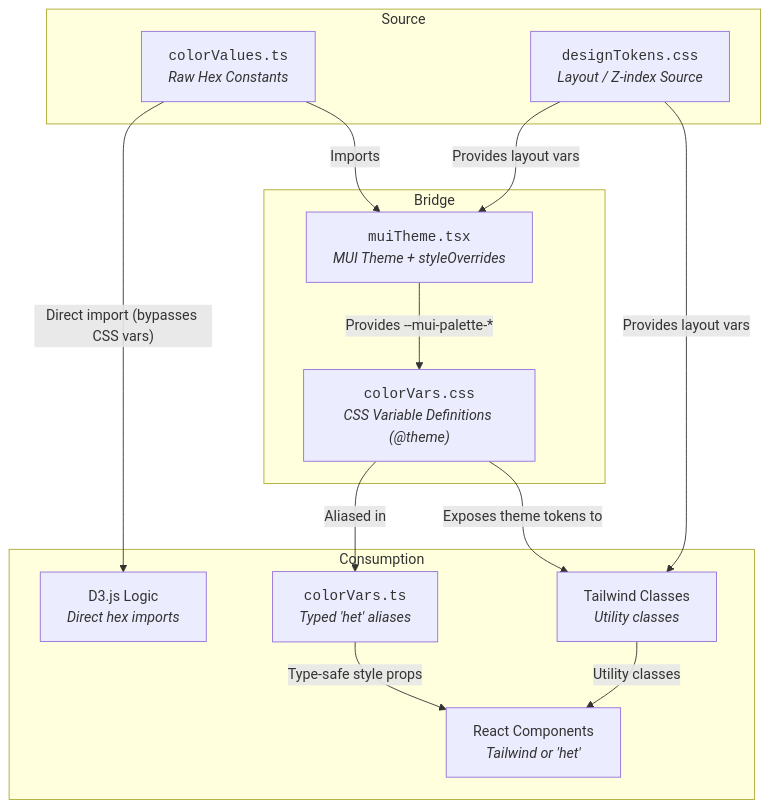
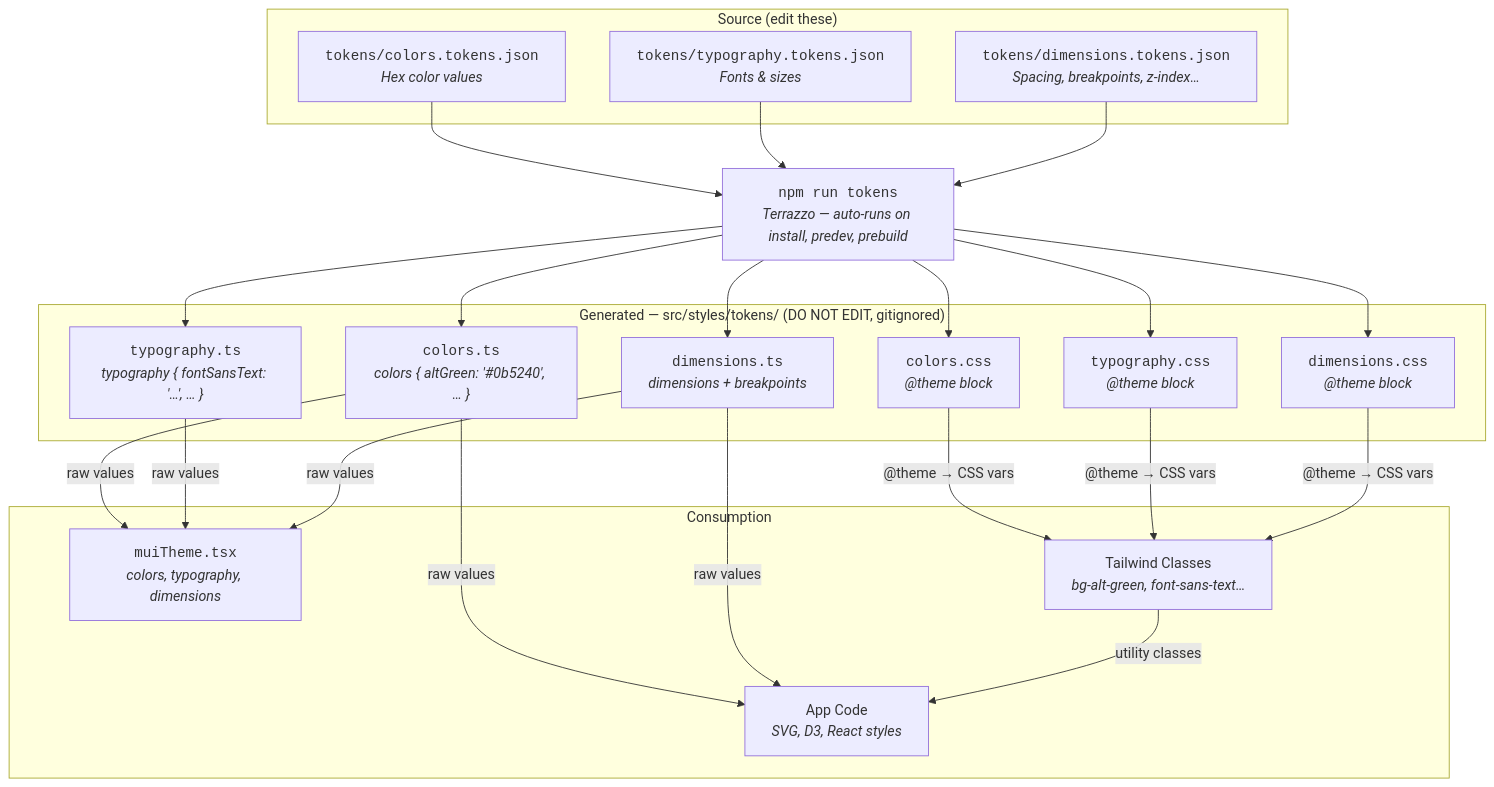
The diagram in README.md (SatcherInstitute/health-equity-tracker), drawn with Mermaid before and after one commit. The commit also changed other lines of this file and 24 other files, not shown here.

First line of the commit message:
Improve design token flow with build step (#4710)

````diff
--- a/README.md
+++ b/README.md
@@ -268,35 +268,39 @@
 ```mermaid
 flowchart TD
     %% Source Layer
-    subgraph Source
-        HEX["<code>colorValues.ts</code><br/><i>Raw Hex Constants</i>"]
-        DESIGN["<code>designTokens.css</code><br/><i>Layout / Z-index Source</i>"]
+    subgraph Source["Source (edit these)"]
+        CT["<code>tokens/colors.tokens.json</code><br/><i>Hex color values</i>"]
+        TT["<code>tokens/typography.tokens.json</code><br/><i>Fonts &amp; sizes</i>"]
+        DT["<code>tokens/dimensions.tokens.json</code><br/><i>Spacing, breakpoints, z-index…</i>"]
     end
 
-    %% Bridge Layer
-    subgraph Bridge
-        MUI_T["<code>muiTheme.tsx</code><br/><i>MUI Theme + styleOverrides</i>"]
-        CV_CSS["<code>colorVars.css</code><br/><i>CSS Variable Definitions (@theme)</i>"]
+    %% Build Step
+    BUILD["<code>npm run tokens</code><br/><i>Terrazzo — auto-runs on install, predev, prebuild</i>"]
+
+    %% Generated Layer
+    subgraph Generated["Generated — src/styles/tokens/ (DO NOT EDIT, gitignored)"]
+        COLORS_TS["<code>colors.ts</code><br/><i>colors { altGreen: '#0b5240', … }</i>"]
+        COLORS_CSS["<code>colors.css</code><br/><i>@theme block</i>"]
+        TYPO_TS["<code>typography.ts</code><br/><i>typography { fontSansText: '…', … }</i>"]
+        TYPO_CSS["<code>typography.css</code><br/><i>@theme block</i>"]
+        DIM_TS["<code>dimensions.ts</code><br/><i>dimensions + breakpoints</i>"]
+        DIM_CSS["<code>dimensions.css</code><br/><i>@theme block</i>"]
     end
 
     %% Consumption Layer
     subgraph Consumption
-        TW["Tailwind Classes<br/><i>Utility classes</i>"]
-        CV_TS["<code>colorVars.ts</code><br/><i>Typed 'het' aliases</i>"]
-        D3["D3.js Logic<br/><i>Direct hex imports</i>"]
-        REACT["React Components<br/><i>Tailwind or 'het'</i>"]
+        MUI_T["<code>muiTheme.tsx</code><br/><i>colors, typography, dimensions</i>"]
+        TW["Tailwind Classes<br/><i>bg-alt-green, font-sans-text…</i>"]
+        APP["App Code<br/><i>SVG, D3, React styles</i>"]
     end
 
-    HEX -->|"Imports"| MUI_T
-    HEX -->|"Direct import (bypasses CSS vars)"| D3
+    CT --> BUILD
+    TT --> BUILD
+    DT --> BUILD
+    BUILD --> COLORS_TS & COLORS_CSS & TYPO_TS & TYPO_CSS & DIM_TS & DIM_CSS
 
-    MUI_T -->|"Provides --mui-palette-*"| CV_CSS
-    DESIGN -->|"Provides layout vars"| TW
-    DESIGN -->|"Provides layout vars"| MUI_T
-
-    CV_CSS -->|"Exposes theme tokens to"| TW
-    CV_CSS -->|"Aliased in"| CV_TS
-
-    CV_TS -->|"Type-safe style props"| REACT
-    TW -->|"Utility classes"| REACT
+    COLORS_TS & TYPO_TS & DIM_TS -->|"raw values"| MUI_T
+    COLORS_TS & DIM_TS -->|"raw values"| APP
+    COLORS_CSS & TYPO_CSS & DIM_CSS -->|"@theme → CSS vars"| TW
+    TW -->|"utility classes"| APP
 ```
````
